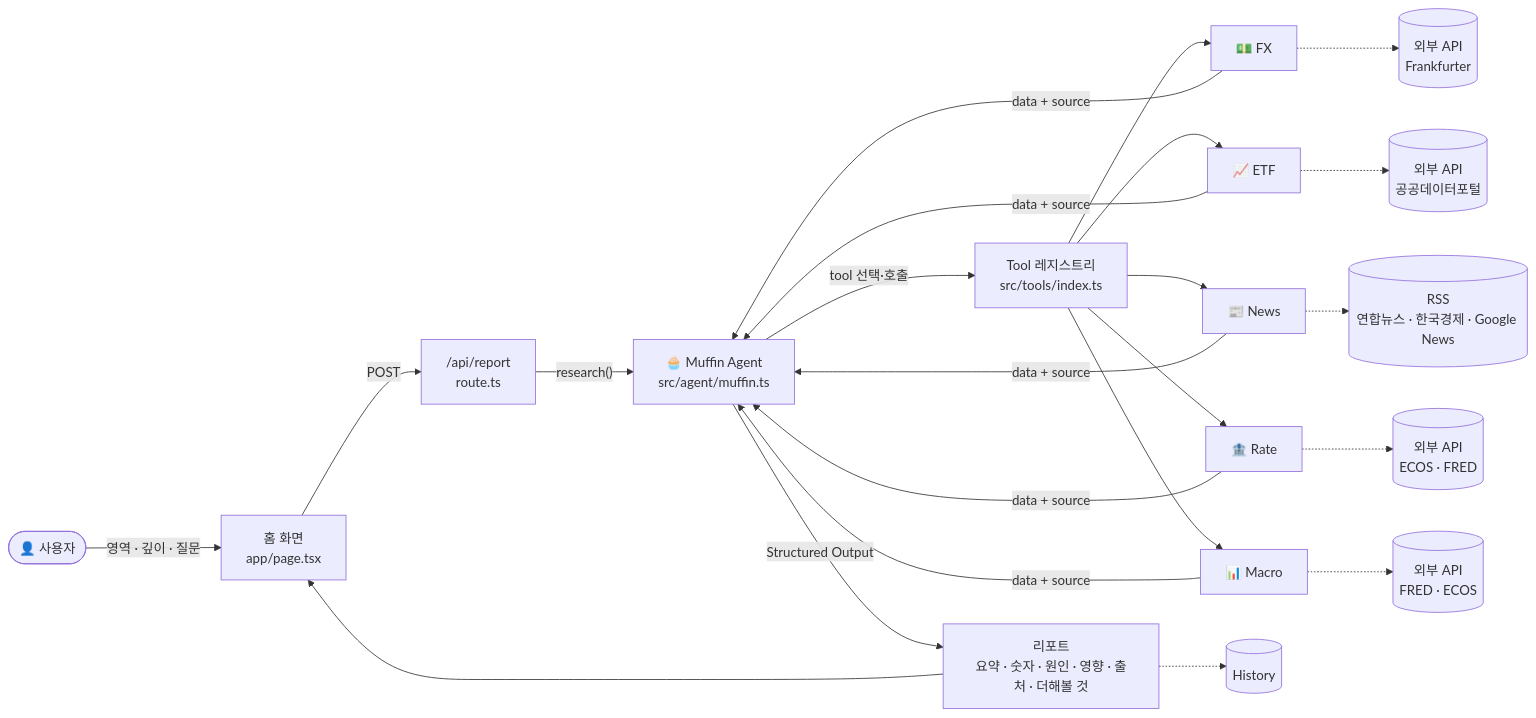
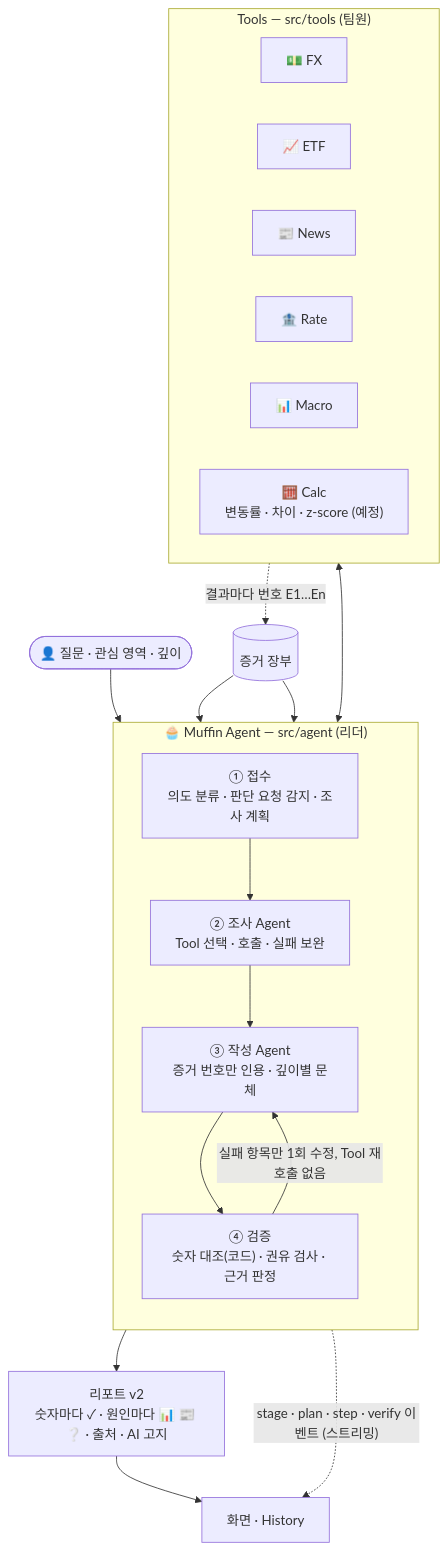
Before and after one commit to muffin-lab-it/muffin: the first of 3 diagrams in README.md, drawn with Mermaid. The commit also changed other lines of this file, not shown here.

````diff
--- a/README.md
+++ b/README.md
@@ -53,24 +19,33 @@
 ```mermaid
-flowchart LR
-    U(["👤 사용자"]) -->|"영역 · 깊이 · 질문"| Home["홈 화면<br/>app/page.tsx"]
-    Home -->|"POST"| API["/api/report<br/>route.ts"]
-    API -->|"research()"| Agent["🧁 Muffin Agent<br/>src/agent/muffin.ts"]
+flowchart TB
+    U(["👤 질문 · 관심 영역 · 깊이"]) --> IN
 
-    Agent -->|"tool 선택·호출"| Reg["Tool 레지스트리<br/>src/tools/index.ts"]
-    Reg --> FX["💵 FX"]
-    Reg --> ETF["📈 ETF"]
-    Reg --> News["📰 News"]
-    Reg --> Rate["🏦 Rate"]
-    Reg --> Macro["📊 Macro"]
+    subgraph P["🧁 Muffin Agent — src/agent (리더)"]
+        direction TB
+        IN["① 접수<br/>의도 분류 · 판단 요청 감지 · 조사 계획"]
+        RS["② 조사 Agent<br/>Tool 선택 · 호출 · 실패 보완"]
+        WR["③ 작성 Agent<br/>증거 번호만 인용 · 깊이별 문체"]
+        VF["④ 검증<br/>숫자 대조(코드) · 권유 검사 · 근거 판정"]
+        IN --> RS --> WR --> VF
+        VF -- "실패 항목만 1회 수정, Tool 재호출 없음" --> WR
+    end
 
-    FX & ETF & News & Rate & Macro -->|"data + source"| Agent
-    FX -.-> X1[("외부 API<br/>Frankfurter")]
-    ETF -.-> X2[("외부 API<br/>공공데이터포털")]
-    News -.-> X3[("RSS<br/>연합뉴스 · 한국경제 · Google News")]
-    Rate -.-> X4[("외부 API<br/>ECOS · FRED")]
-    Macro -.-> X5[("외부 API<br/>FRED · ECOS")]
+    subgraph T["Tools — src/tools (팀원)"]
+        direction LR
+        FX["💵 FX"]
+        ETF["📈 ETF"]
+        NEWS["📰 News"]
+        RATE["🏦 Rate"]
+        MACRO["📊 Macro"]
+        CALC["🧮 Calc<br/>변동률 · 차이 · z-score (예정)"]
+    end
 
-    Agent -->|"Structured Output"| Report["리포트<br/>요약 · 숫자 · 원인 · 영향 · 출처 · 더해볼 것"]
-    Report --> Home
-    Report -.-> Hist[("History")]
+    RS <--> T
+    T -. "결과마다 번호 E1…En" .-> L[("증거 장부")]
+    L --> WR
+    L --> VF
+
+    VF --> R["리포트 v2<br/>숫자마다 ✓ · 원인마다 📊 📰 ❔ · 출처 · AI 고지"]
+    R --> UI["화면 · History"]
+    P -. "stage · plan · step · verify 이벤트 (스트리밍)" .-> UI
 ```
````
